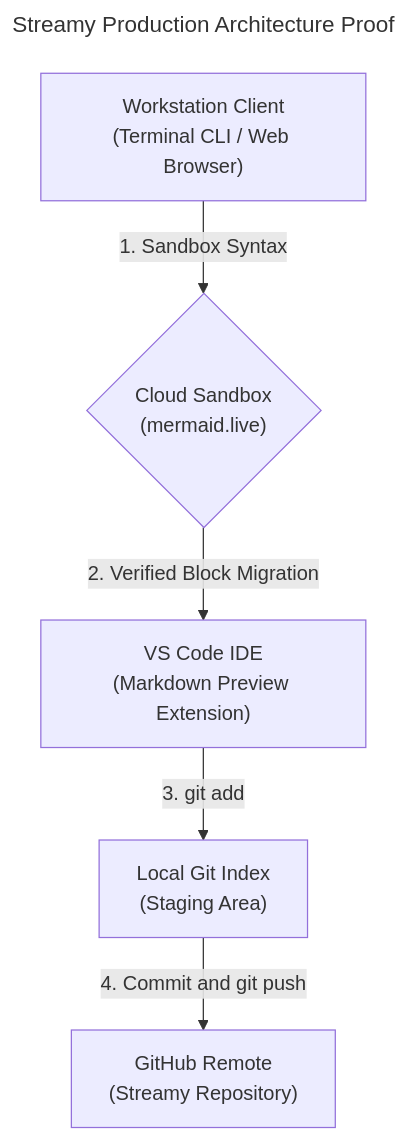
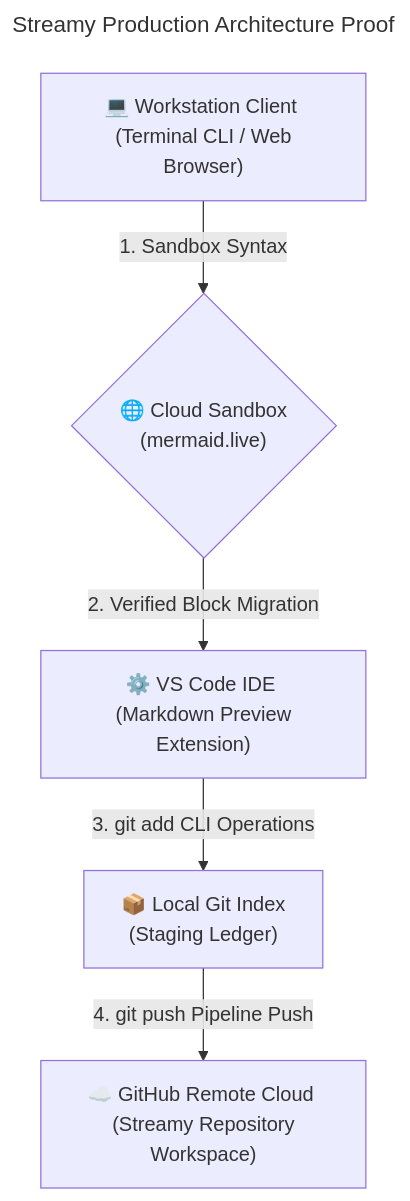
One commit to aliasgarov007-dot/Streamy-Software-Technology changed the first of 4 diagrams in README.md. Above: the diagram before and after it, drawn with Mermaid. The commit also changed other lines of this file and 3 other files, not shown here.

````diff
--- a/README.md
+++ b/README.md
@@ -12,15 +14,18 @@
 ```mermaid
 ---
 title: Streamy Production Architecture Proof
 ---
 flowchart TD
-    UserNode["Workstation Client<br>(Terminal CLI / Web Browser)"]
-    LiveSandbox{"Cloud Sandbox<br>(mermaid.live)"}
-    LocalIDE["VS Code IDE<br>(Markdown Preview Extension)"]
-    GitStage["Local Git Index<br>(Staging Area)"]
-    RemoteHub["GitHub Remote<br>(Streamy Repository)"]
+    %% Base Diagram Configurations and Properties
+
+    UserNode["💻 Workstation Client <br> (Terminal CLI / Web Browser)"]
+    LiveSandbox{"🌐 Cloud Sandbox <br> (mermaid.live)"}
+    LocalIDE["⚙️ VS Code IDE <br> (Markdown Preview Extension)"]
+    GitStage["📦 Local Git Index <br> (Staging Ledger)"]
+    RemoteHub["☁️ GitHub Remote Cloud <br> (Streamy Repository Workspace)"]
+
     UserNode -- 1. Sandbox Syntax --> LiveSandbox
     LiveSandbox -- 2. Verified Block Migration --> LocalIDE
-    LocalIDE -- 3. git add --> GitStage
-    GitStage -- 4. Commit and git push --> RemoteHub
+    LocalIDE -- 3. git add CLI Operations --> GitStage
+    GitStage -- 4. git push Pipeline Push --> RemoteHub
 ```
````
